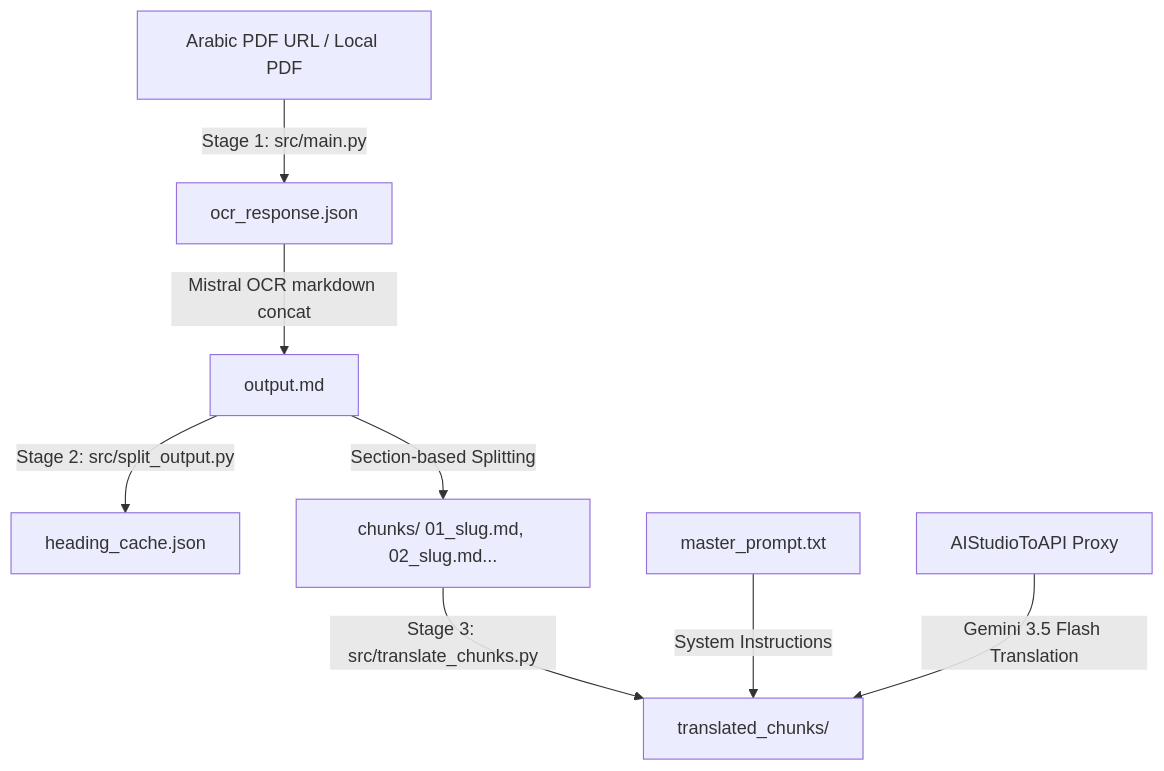
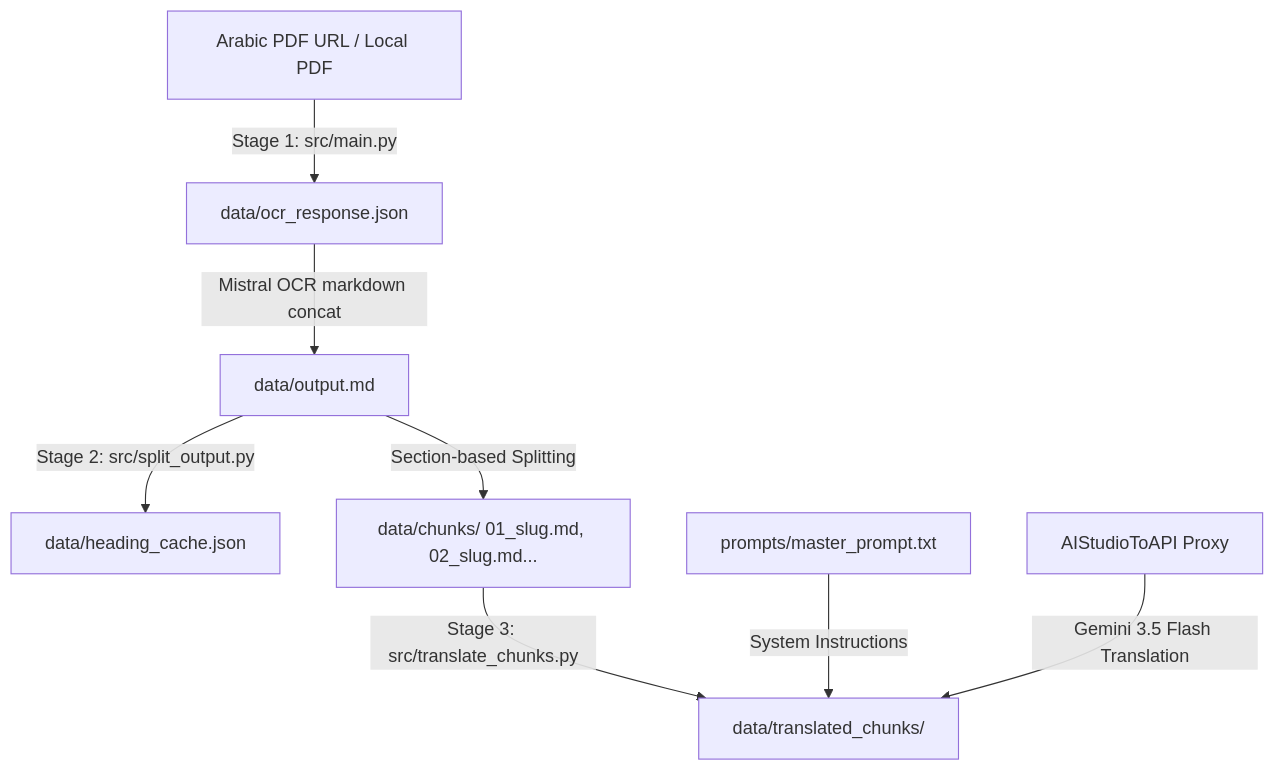
One commit to firofame/transcribe changed the diagram in README.md. Above: the diagram before and after it, drawn with Mermaid. The commit also changed other lines of this file and 7 other files, not shown here.

Commit message:
Refactor: organize prompts into prompts/ and data/caches/outputs into data/

````diff
--- a/README.md
+++ b/README.md
@@ -13,10 +13,10 @@
 ```mermaid
 graph TD
-    A[Arabic PDF URL / Local PDF] -->|Stage 1: src/main.py| B[ocr_response.json]
-    B -->|Mistral OCR markdown concat| C[output.md]
-    C -->|Stage 2: src/split_output.py| D[heading_cache.json]
-    C -->|Section-based Splitting| E[chunks/ 01_slug.md, 02_slug.md...]
-    E -->|Stage 3: src/translate_chunks.py| F[translated_chunks/]
-    G[master_prompt.txt] -->|System Instructions| F
+    A[Arabic PDF URL / Local PDF] -->|Stage 1: src/main.py| B[data/ocr_response.json]
+    B -->|Mistral OCR markdown concat| C[data/output.md]
+    C -->|Stage 2: src/split_output.py| D[data/heading_cache.json]
+    C -->|Section-based Splitting| E[data/chunks/ 01_slug.md, 02_slug.md...]
+    E -->|Stage 3: src/translate_chunks.py| F[data/translated_chunks/]
+    G[prompts/master_prompt.txt] -->|System Instructions| F
     H[AIStudioToAPI Proxy] -->|Gemini 3.5 Flash Translation| F
 ```
````
